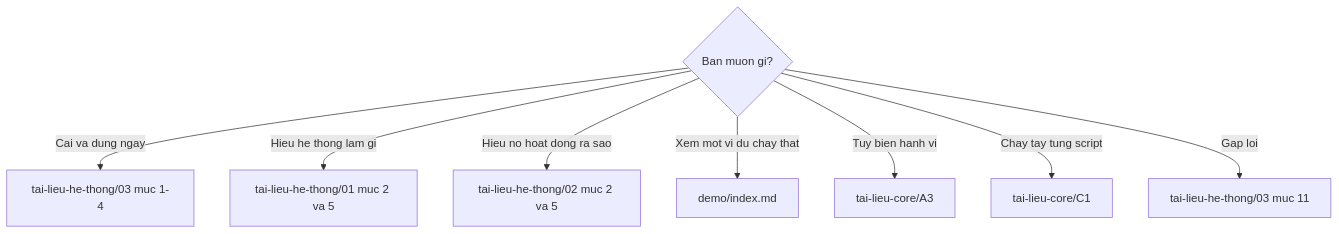
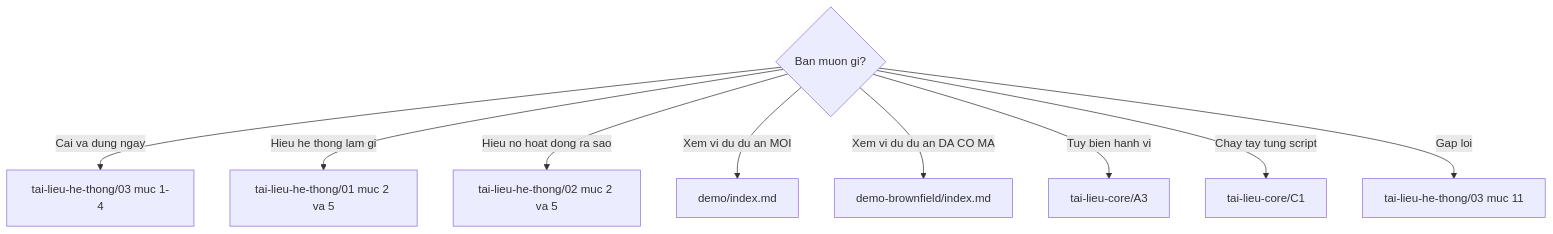
One commit to trannguyenthanhthao2024-art/bmad-method-v6 changed the diagram in README.md. Above: the diagram before and after it, drawn with Mermaid. The commit also changed other lines of this file and 9 other files, not shown here.

First line of the commit message:
docs: demo brownfield — áp BMAD vào dự án đã có mã nguồn

````diff
--- a/README.md
+++ b/README.md
@@ -52,11 +69,12 @@
 ```mermaid
 graph TB
   Q{Ban muon gi?}
   Q -->|Cai va dung ngay| V["tai-lieu-he-thong/03 muc 1-4"]
   Q -->|Hieu he thong lam gi| D["tai-lieu-he-thong/01 muc 2 va 5"]
   Q -->|Hieu no hoat dong ra sao| T["tai-lieu-he-thong/02 muc 2 va 5"]
-  Q -->|Xem mot vi du chay that| DM["demo/index.md"]
+  Q -->|Xem vi du du an MOI| DM["demo/index.md"]
+  Q -->|Xem vi du du an DA CO MA| DB["demo-brownfield/index.md"]
   Q -->|Tuy bien hanh vi| C["tai-lieu-core/A3"]
   Q -->|Chay tay tung script| M["tai-lieu-core/C1"]
   Q -->|Gap loi| E["tai-lieu-he-thong/03 muc 11"]
 ```
````
